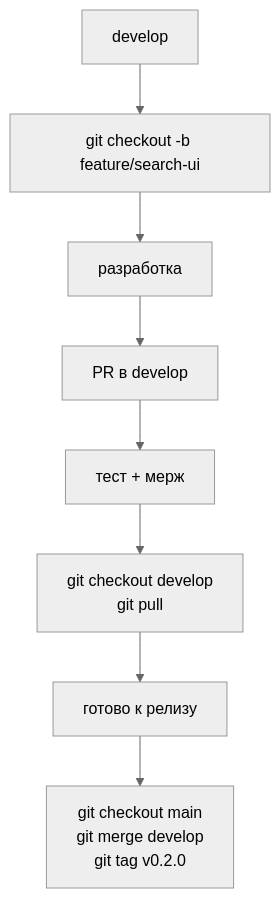
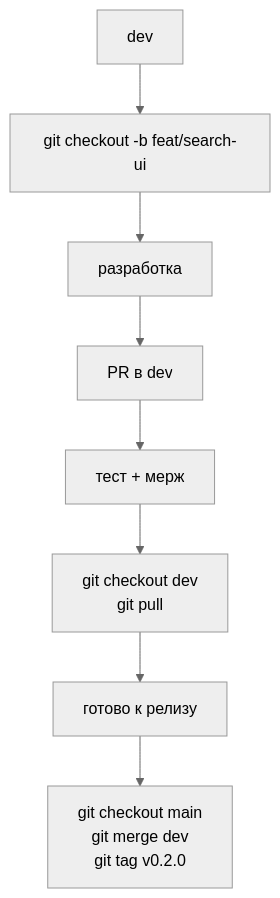
The diagram in docs/gitflow.md (DarkBroShow/hideout-calculator), drawn with Mermaid (neutral theme) before and after one commit. The commit also changed other lines of this file and 5 other files, not shown here.

````diff
--- a/docs/gitflow.md
+++ b/docs/gitflow.md
@@ -13,10 +43,10 @@
 ```mermaid
 graph TD
-  A[develop] --> B[git checkout -b feature/search-ui]
+  A[dev] --> B[git checkout -b feat/search-ui]
   B --> C[разработка]
-  C --> D[PR в develop]
+  C --> D[PR в dev]
   D --> E[тест + мерж]
-  E --> F[git checkout develop<br>git pull]
+  E --> F[git checkout dev<br>git pull]
   F --> G[готово к релизу]
-  G --> H[git checkout main<br>git merge develop<br>git tag v0.2.0]
+  G --> H[git checkout main<br>git merge dev<br>git tag v0.2.0]
 ```
````
